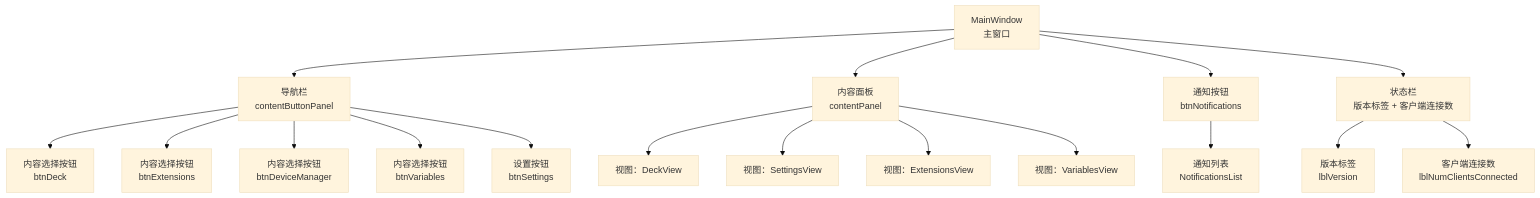
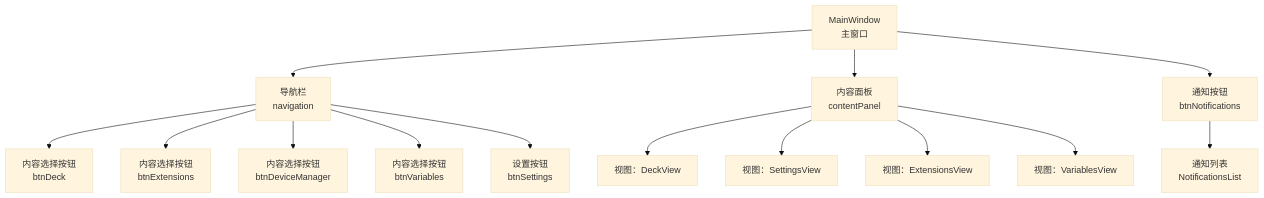
The first of 3 diagrams in .qoder/repowiki/zh/content/图形用户界面/主窗口设计.md (tea4go/Macro-Deck), drawn with Mermaid (base theme) before and after one commit. The commit also changed other lines of this file and 63 other files, not shown here.

````diff
--- a/.qoder/repowiki/zh/content/图形用户界面/主窗口设计.md
+++ b/.qoder/repowiki/zh/content/图形用户界面/主窗口设计.md
@@ -48,20 +45,16 @@
 ```mermaid
 graph TB
-MW["MainWindow<br/>主窗口"]
-MW --> NAV["导航栏<br/>contentButtonPanel"]
+MW["MainWindow<br/>主窗口"] --> NAV["导航栏<br/>navigation"]
 MW --> CP["内容面板<br/>contentPanel"]
 MW --> BTN_NOTI["通知按钮<br/>btnNotifications"]
-MW --> STATUS_BAR["状态栏<br/>版本标签 + 客户端连接数"]
 NAV --> BTN_DECK["内容选择按钮<br/>btnDeck"]
 NAV --> BTN_EXT["内容选择按钮<br/>btnExtensions"]
 NAV --> BTN_DEV["内容选择按钮<br/>btnDeviceManager"]
 NAV --> BTN_VAR["内容选择按钮<br/>btnVariables"]
 NAV --> BTN_SET["设置按钮<br/>btnSettings"]
 CP --> DV["视图：DeckView"]
 CP --> SV["视图：SettingsView"]
 CP --> EV["视图：ExtensionsView"]
 CP --> VVar["视图：VariablesView"]
 BTN_NOTI --> NL["通知列表<br/>NotificationsList"]
-STATUS_BAR --> VERSION["版本标签<br/>lblVersion"]
-STATUS_BAR --> CLIENTS["客户端连接数<br/>lblNumClientsConnected"]
 ```
````
